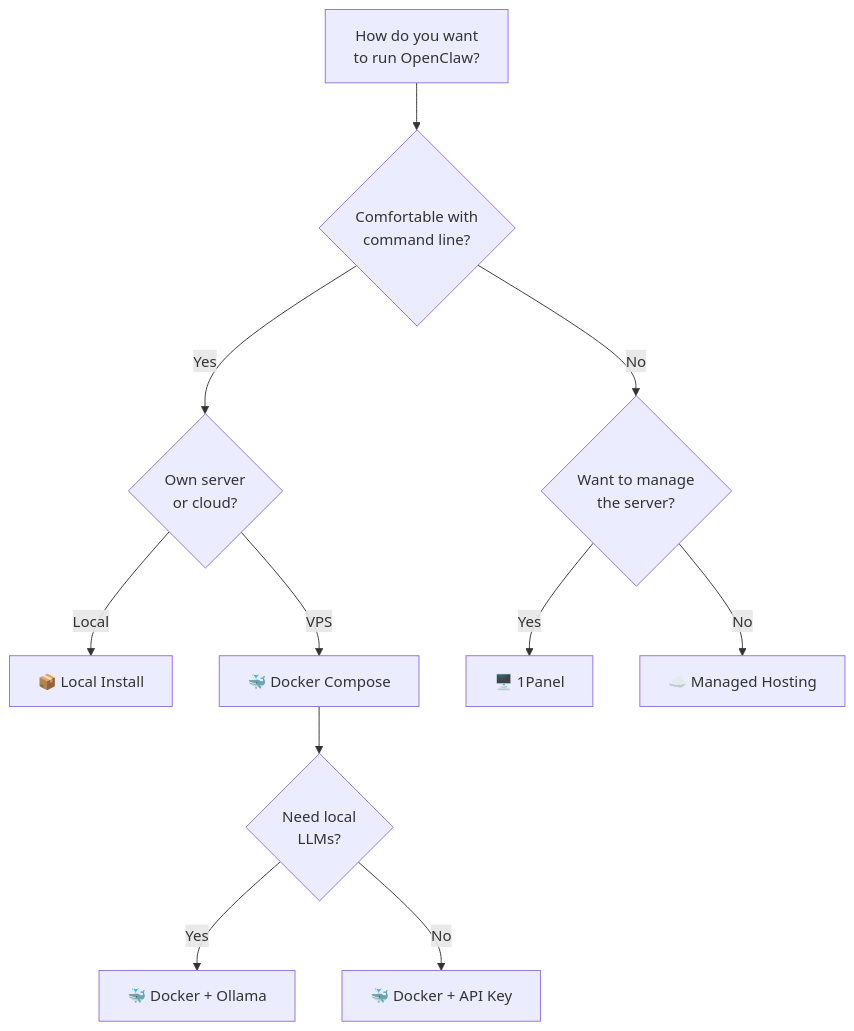
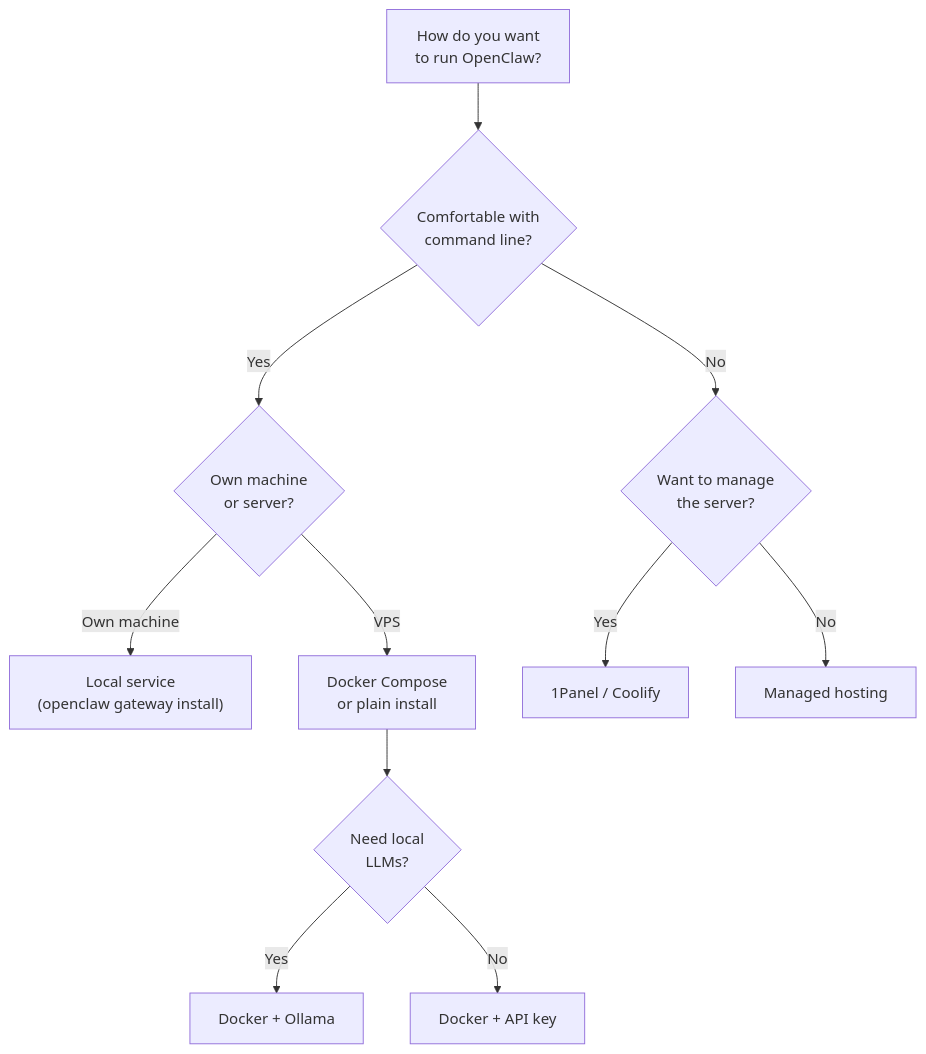
One commit to clawdocs/clawdocs.github.io changed the diagram in docs/guides/deployment-options.md. Above: the diagram before and after it, drawn with Mermaid. The commit also changed other lines of this file, not shown here.

First line of the commit message:
Fix deployment-options Docker, service and Kubernetes guidance

````diff
--- a/docs/guides/deployment-options.md
+++ b/docs/guides/deployment-options.md
@@ -275,16 +223,16 @@
 ```mermaid
 flowchart TD
     Start["How do you want<br/>to run OpenClaw?"] --> Tech{Comfortable with<br/>command line?}
-    Tech -- Yes --> Cloud{Own server<br/>or cloud?}
+    Tech -- Yes --> Cloud{Own machine<br/>or server?}
     Tech -- No --> GUI{Want to manage<br/>the server?}
 
-    Cloud -- Local --> Local["📦 Local Install"]
-    Cloud -- VPS --> Docker["🐳 Docker Compose"]
+    Cloud -- Own machine --> Local["Local service<br/>(openclaw gateway install)"]
+    Cloud -- VPS --> Docker["Docker Compose<br/>or plain install"]
 
-    GUI -- Yes --> Panel["🖥️ 1Panel"]
-    GUI -- No --> Managed["☁️ Managed Hosting"]
+    GUI -- Yes --> Panel["1Panel / Coolify"]
+    GUI -- No --> Managed["Managed hosting"]
 
     Docker --> Ollama{Need local<br/>LLMs?}
-    Ollama -- Yes --> DockerOllama["🐳 Docker + Ollama"]
-    Ollama -- No --> DockerAPI["🐳 Docker + API Key"]
+    Ollama -- Yes --> DockerOllama["Docker + Ollama"]
+    Ollama -- No --> DockerAPI["Docker + API key"]
 ```
````
